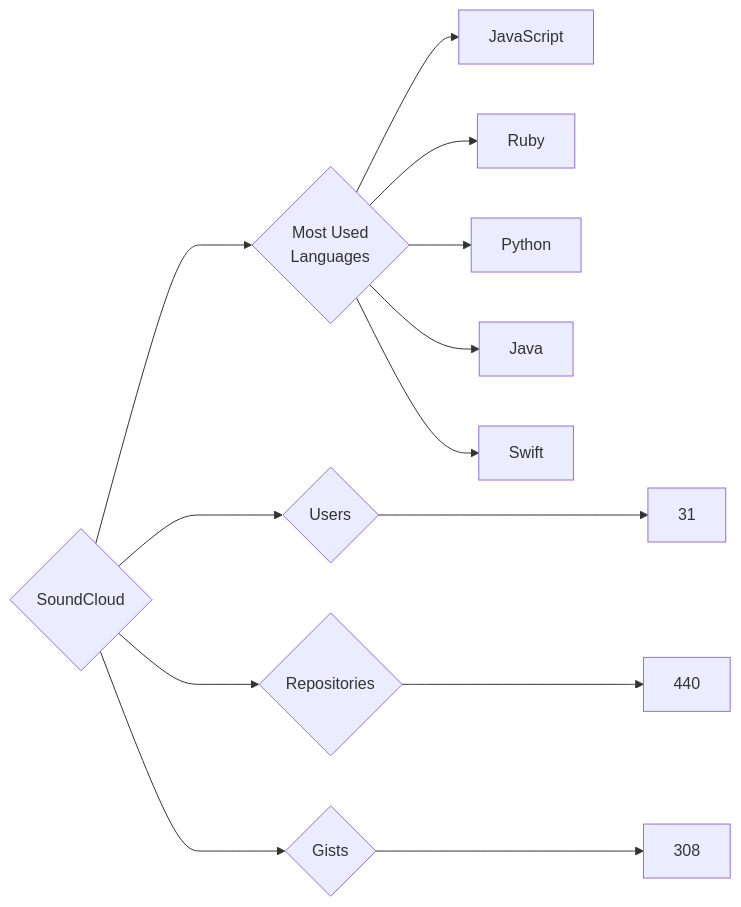
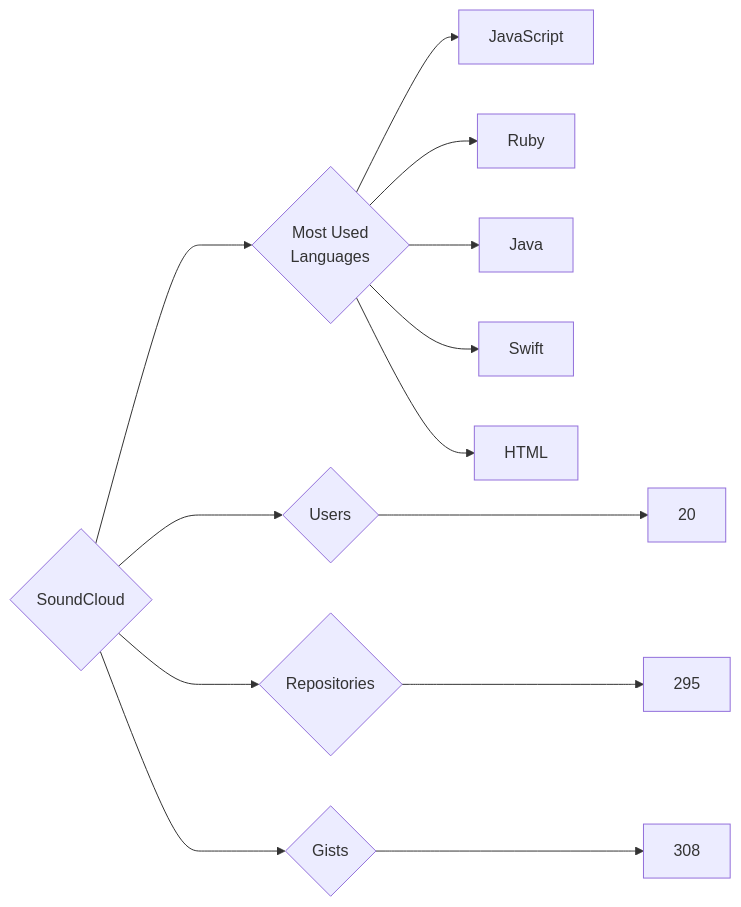
One commit to trickest/insiders changed the diagram in targets/SoundCloud/README.md. Above: the diagram before and after it, drawn with Mermaid. The commit also changed 770 other files, not shown here.

````diff
--- a/targets/SoundCloud/README.md
+++ b/targets/SoundCloud/README.md
@@ -3,13 +3,13 @@
 ```mermaid
 graph LR
 COMPANY_NAME{SoundCloud}
-COMPANY_NAME ---> U{Users} ---> UN[31]
-COMPANY_NAME ---> R{Repositories} ---> RN[440]
+COMPANY_NAME ---> U{Users} ---> UN[20]
+COMPANY_NAME ---> R{Repositories} ---> RN[295]
 COMPANY_NAME ---> G{Gists} ---> GN[308]
 COMPANY_NAME ---> ML{Most Used<br>Languages}
 ML --> JavaScript[JavaScript]
 ML --> Ruby[Ruby]
-ML --> Python[Python]
 ML --> Java[Java]
 ML --> Swift[Swift]
+ML --> HTML[HTML]
 ```
````
